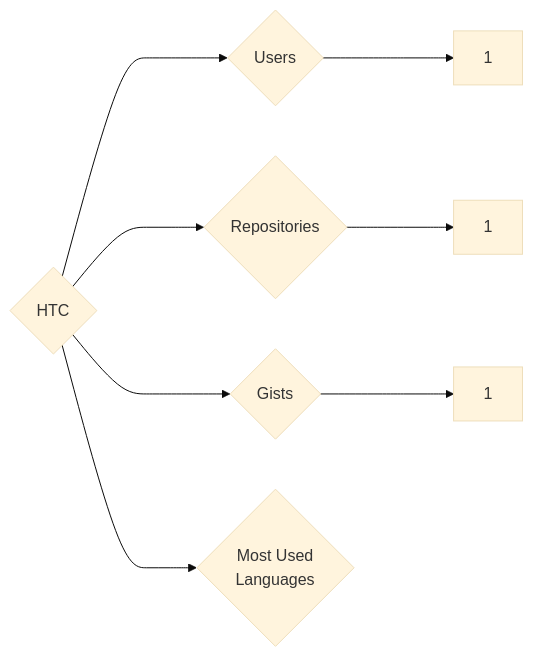
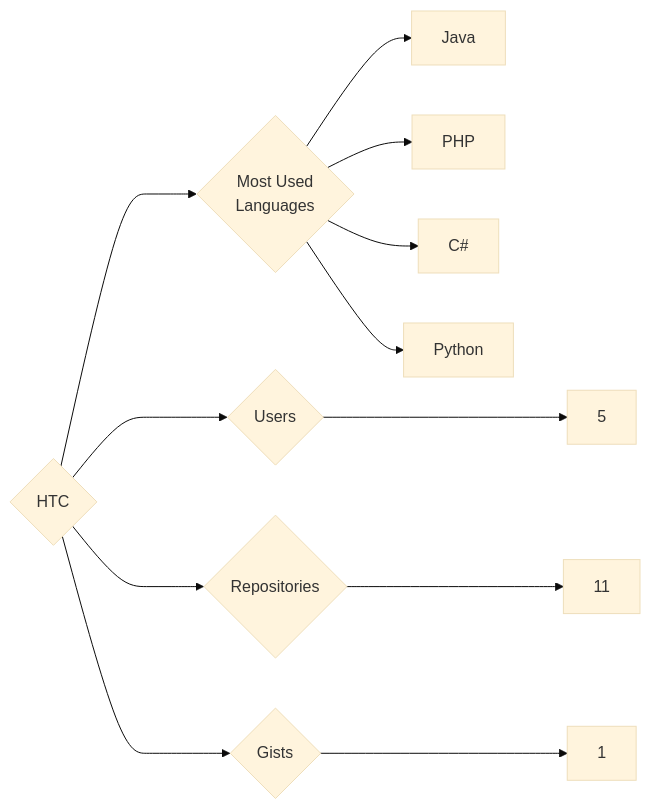
One commit to trickest/insiders changed the diagram in targets/HTC/README.md. Above: the diagram before and after it, drawn with Mermaid (base theme). The commit also changed 912 other files, not shown here.

````diff
--- a/targets/HTC/README.md
+++ b/targets/HTC/README.md
@@ -3,8 +3,12 @@
 ```mermaid
 graph LR
 COMPANY_NAME{HTC}
-COMPANY_NAME ---> U{Users} ---> UN[1]
-COMPANY_NAME ---> R{Repositories} ---> RN[1]
+COMPANY_NAME ---> U{Users} ---> UN[5]
+COMPANY_NAME ---> R{Repositories} ---> RN[11]
 COMPANY_NAME ---> G{Gists} ---> GN[1]
 COMPANY_NAME ---> ML{Most Used<br>Languages}
+ML --> Java[Java]
+ML --> PHP[PHP]
+ML --> C#[C#]
+ML --> Python[Python]
 ```
````
